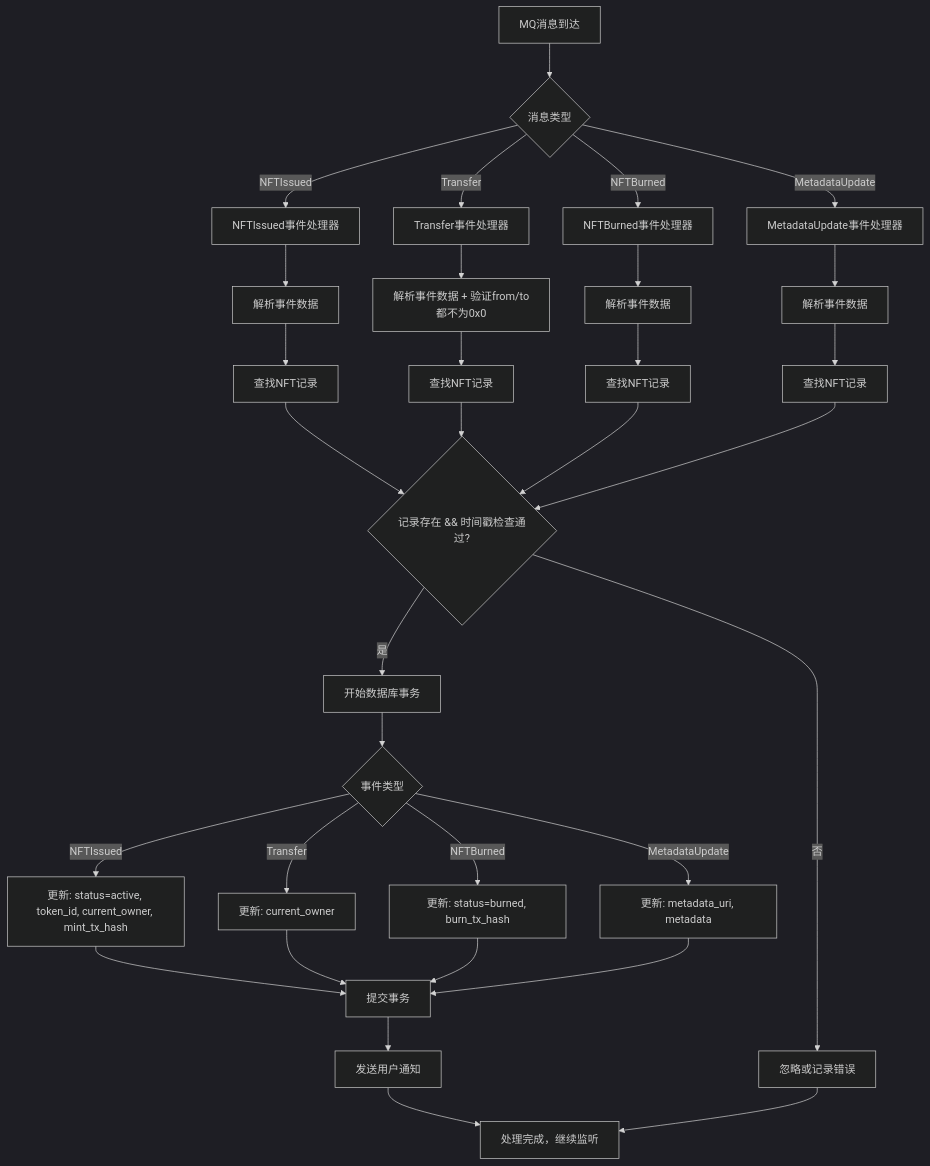
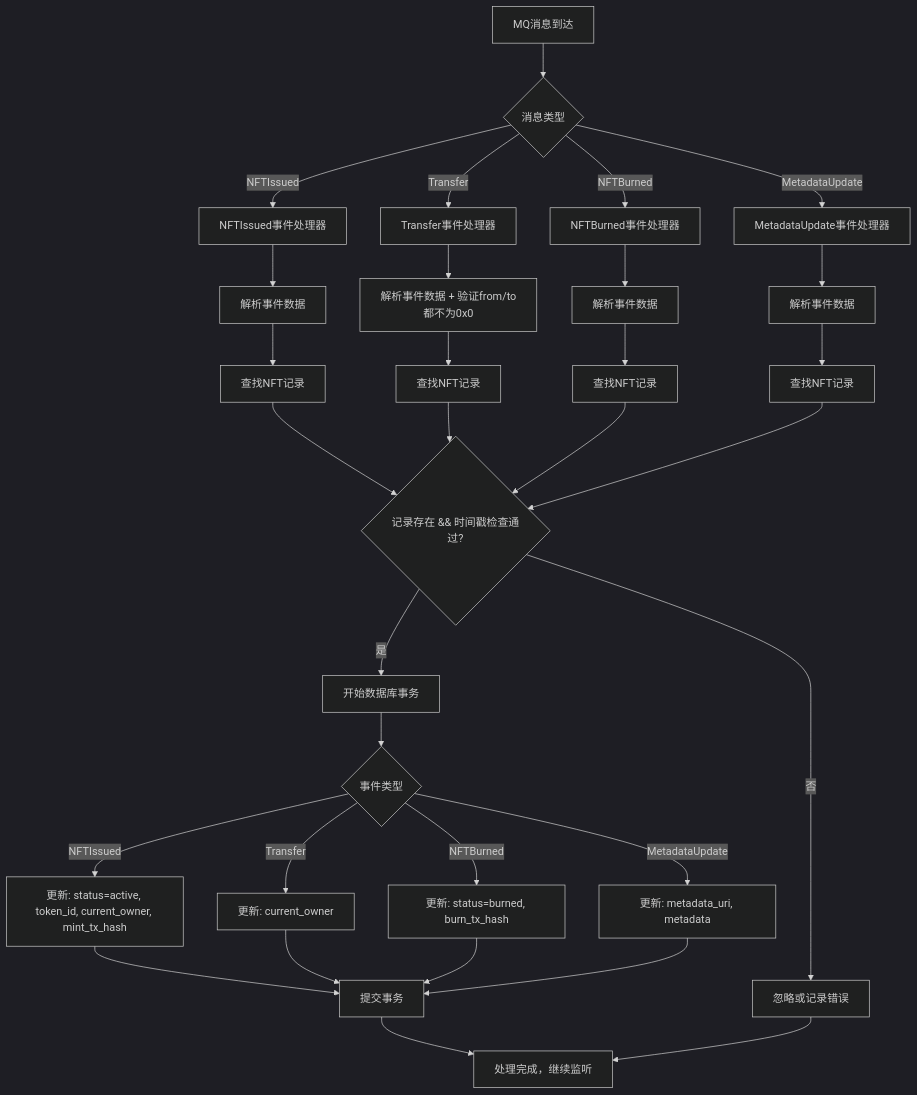
One commit to yingjianzh/iodraw-files changed the diagram in all/未命名-71.md. Above: the diagram before and after it, drawn with Mermaid (dark theme).

Commit message:
2025-07-03 17:41:30 update

````diff
--- a/all/未命名-71.md
+++ b/all/未命名-71.md
@@ -1,45 +1,44 @@
 ```mermaid
 flowchart TD
     A[MQ消息到达] --> B{消息类型}
     
     %% 四种事件类型
     B -->|NFTIssued| C[NFTIssued事件处理器]
     B -->|Transfer| D[Transfer事件处理器]
     B -->|NFTBurned| E[NFTBurned事件处理器]
     B -->|MetadataUpdate| F[MetadataUpdate事件处理器]
     
     %% 通用处理流程
     C --> G[解析事件数据]
     D --> H[解析事件数据 + 验证from/to都不为0x0]
     E --> I[解析事件数据]
     F --> J[解析事件数据]
     
     G --> K[查找NFT记录]
     H --> L[查找NFT记录]
     I --> M[查找NFT记录]
     J --> N[查找NFT记录]
     
     K --> O{记录存在 && 时间戳检查通过?}
     L --> O
     M --> O
     N --> O
     
     O -->|否| P[忽略或记录错误]
     O -->|是| Q[开始数据库事务]
     
     Q --> R{事件类型}
     R -->|NFTIssued| S[更新: status=active, token_id, current_owner, mint_tx_hash]
     R -->|Transfer| T[更新: current_owner]
     R -->|NFTBurned| U[更新: status=burned, burn_tx_hash]
     R -->|MetadataUpdate| V[更新: metadata_uri, metadata]
     
     S --> Y[提交事务]
     T --> Y
     U --> Y
     V --> Y
     
-    Y --> Z[发送用户通知]
-    Z --> AA[处理完成，继续监听]
+    Y --> AA[处理完成，继续监听]
     
     P --> AA
 ```
````
